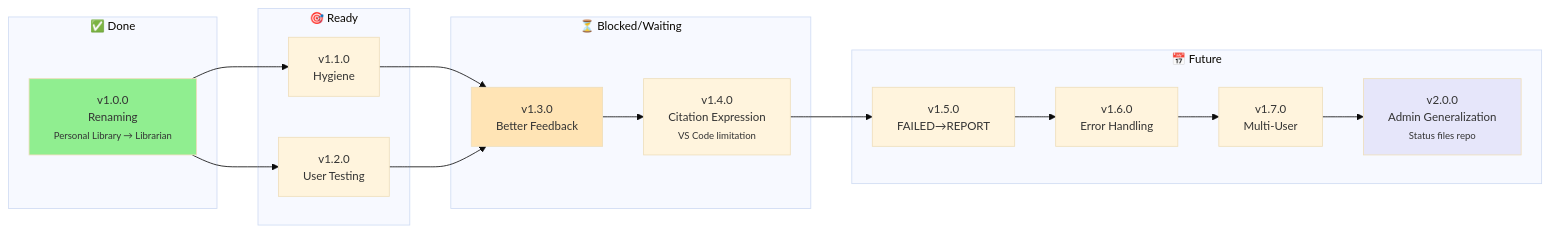
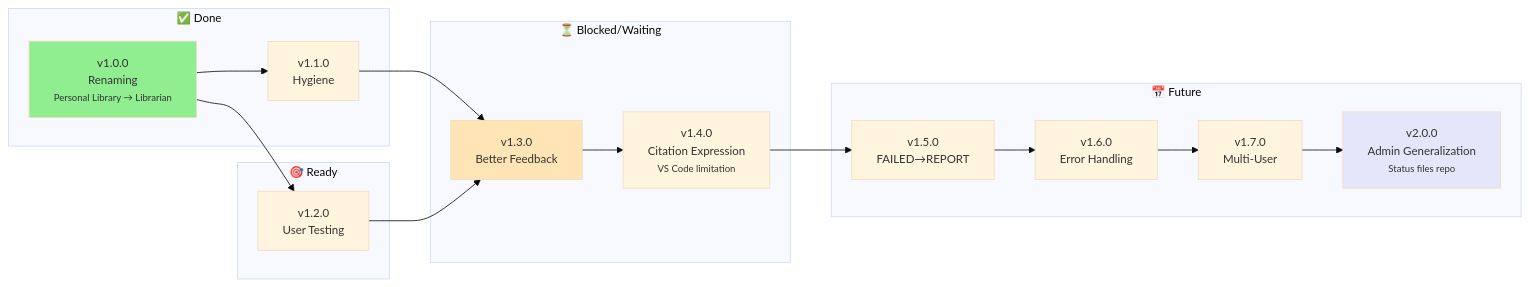
One commit to nonlinear/personal-library changed the diagram in MGMT/CHECKS.md. Above: the diagram before and after it, drawn with Mermaid. The commit also changed other lines of this file and 3 other files, not shown here.

````diff
--- a/MGMT/CHECKS.md
+++ b/MGMT/CHECKS.md
@@ -20,38 +20,38 @@
 ```mermaid
 %%{init: {'theme':'base', 'themeVariables': { 'fontSize':'14px'}}}%%
 graph LR
     subgraph "✅ Done"
         V1[v1.0.0<br/>Renaming<br/><small>Personal Library → Librarian</small>]
+        V11[v1.1.0<br/>Hygiene]
     end
 
     subgraph "🎯 Ready"
-        V11[v1.1.0<br/>Hygiene]
         V12[v1.2.0<br/>User Testing]
     end
 
     subgraph "⏳ Blocked/Waiting"
         V14[v1.4.0<br/>Citation Expression<br/><small>VS Code limitation</small>]
         V13[v1.3.0<br/>Better Feedback]
     end
 
     subgraph "📅 Future"
         V15[v1.5.0<br/>FAILED→REPORT]
         V16[v1.6.0<br/>Error Handling]
         V17[v1.7.0<br/>Multi-User]
         V2[v2.0.0<br/>Admin Generalization<br/><small>Status files repo</small>]
     end
 
     V1 --> V11
     V1 --> V12
     V11 --> V13
     V12 --> V13
     V13 --> V14
     V14 --> V15
     V15 --> V16
     V16 --> V17
     V17 --> V2
 
     style V1 fill:#90EE90
     style V13 fill:#FFE4B5
     style V2 fill:#E6E6FA
 ```
````
